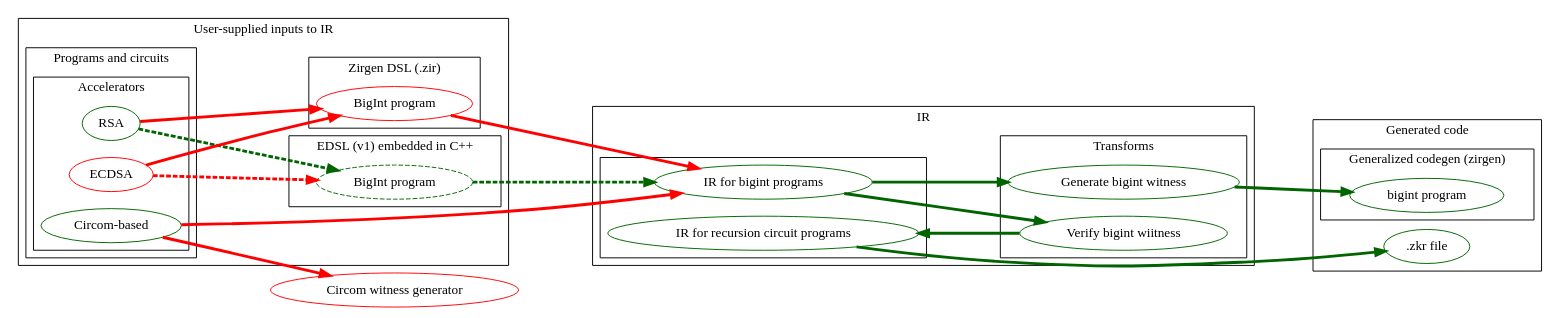
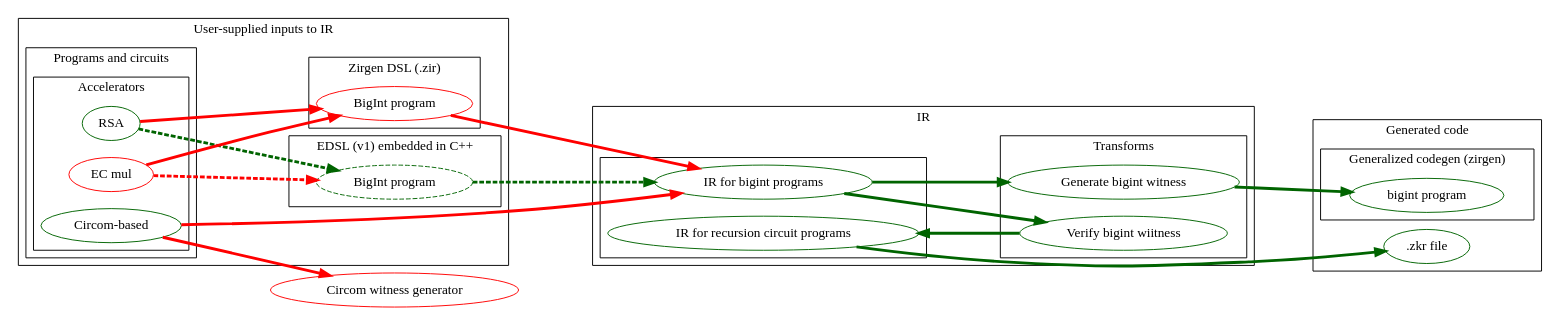
The diagram in zirgen/docs/bigint-infra.dot (risc0/zirgen), drawn with Graphviz before and after one commit.

Commit message:
changing ecdsa to EC mul

```diff
--- a/zirgen/docs/bigint-infra.dot
+++ b/zirgen/docs/bigint-infra.dot
@@ -1,81 +1,81 @@
 // Graphviz (with "dot" layout) graph of approximate compiler
 // infrastructure as of Aug 2024.
 //
 // Key:
 //   green: exists,
 //   red: doesn't exist, but we might want it to
 //   dashed line:
 
 digraph zirgen {
     rankdir="LR"
     node [color="darkgreen"]
     edge [color="darkgreen"]
     edge [penwidth=3]
     compound=true
     layout="dot"
     ranksep=1.3
     penwidth=1
     subgraph cluster_user_input {
         label="User-supplied inputs to IR"
         subgraph cluster_prog_and_circuits {
             label="Programs and circuits"
 
 
             subgraph cluster_accel {
                 label="Accelerators"
                 accel_rsa [label="RSA"]
-                accel_ecdsa [color="red", label="ECDSA"]
+                accel_ecdsa [color="red", label="EC mul"]
                 accel_circom [label="Circom-based"]
             }
         }
         subgraph cluster_edsl {
 	    label="EDSL (v1) embedded in C++"
             edsl_bigint [label="BigInt program", style="dashed"]
         }
         subgraph cluster_dsl {
 	    label="Zirgen DSL (.zir)"
             dsl_bigint [label="BigInt program", color="red"]
         }
     }
 
     subgraph cluster_ir {
         label="IR"
         subgraph cluster_ir_variants {
             label=""
             rank="same"
             bigint_ir [label="IR for bigint programs"]
             recursion_ir [label="IR for recursion circuit programs"]
         }
         subgraph cluster_transforms {
             label="Transforms"
             transform_bigint_witness [label="Generate bigint witness"]
             transform_bigint_zkr [label="Verify bigint wiitness"]
         }
 
         edsl_bigint -> bigint_ir [style="dashed"]
         bigint_ir -> transform_bigint_zkr
         dsl_bigint -> bigint_ir [color="red"]
 
         bigint_ir ->  transform_bigint_witness
 
 
         accel_rsa->edsl_bigint [style="dashed"]
         accel_circom->bigint_ir [color="red"]
         {accel_rsa accel_ecdsa}->dsl_bigint [color="red"]
         {accel_ecdsa}->edsl_bigint [color="red", style="dashed"]
     }
 
     circom_witness [label="Circom witness generator", color="red"]
     accel_circom -> circom_witness [color="red"]
     subgraph cluster_codegen {
         label="Generated code"
         subgraph cluster_codegen_v2 {
             label="Generalized codegen (zirgen)"
             codegen_bigint_v2 [label="bigint program"]
         }
         codegen_zkr [label=".zkr file"]
         transform_bigint_witness -> codegen_bigint_v2
         transform_bigint_zkr -> recursion_ir [constraint=false]
         recursion_ir -> codegen_zkr
     }
 }
```
